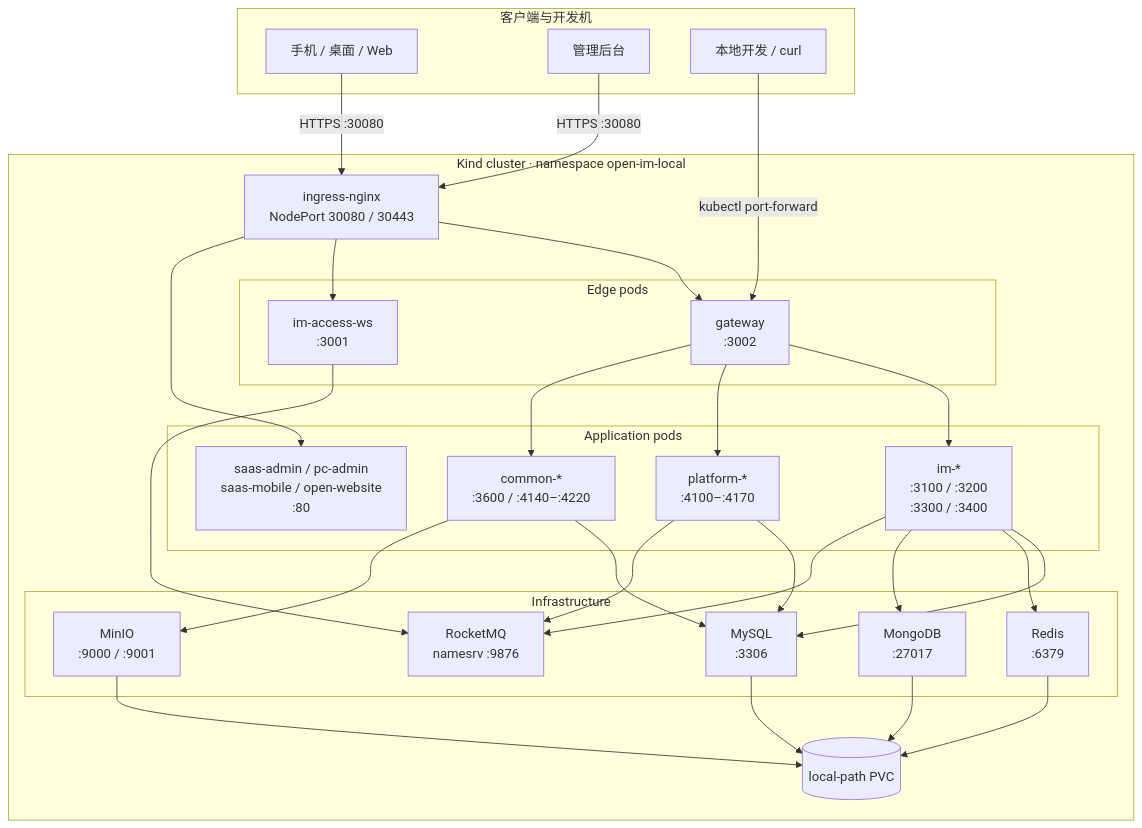
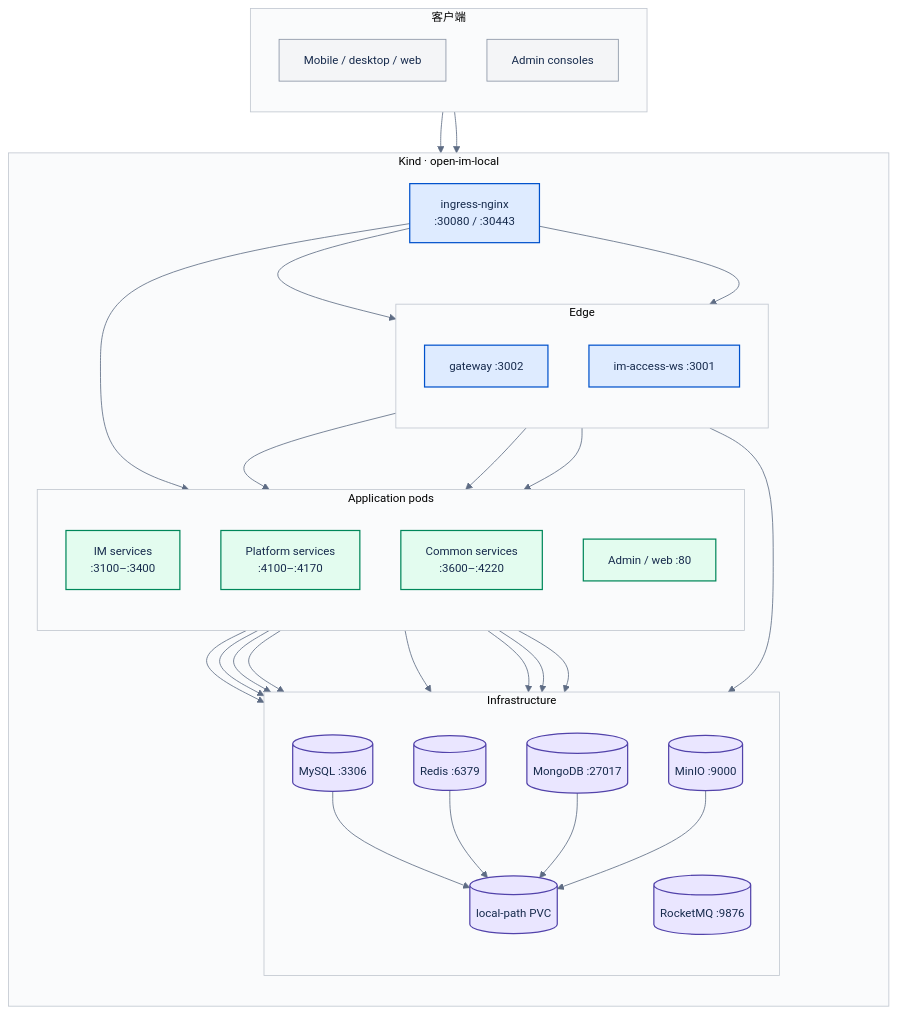
One commit to openware-io/open-im-server changed the diagram in docs/20-architecture/diagrams/03-deployment.md. Above: the diagram before and after it, drawn with Mermaid. The commit also changed 17 other files, not shown here.

First line of the commit message:
docs(architecture): restyle the eight core diagrams with a shared visual language

````diff
--- a/docs/20-architecture/diagrams/03-deployment.md
+++ b/docs/20-architecture/diagrams/03-deployment.md
@@ -9,59 +9,63 @@
 ```mermaid
+%%{init: {"theme":"base","themeVariables":{"fontSize":"14px","primaryColor":"#E8F0FE","primaryTextColor":"#172B4D","primaryBorderColor":"#2563EB","lineColor":"#5E6C84","clusterBkg":"#FAFBFC","clusterBorder":"#C1C7D0"}}}%%
 flowchart TB
-  subgraph Clients["客户端与开发机"]
-    APP["手机 / 桌面 / Web"]
-    ADMIN["管理后台"]
-    DEV["本地开发 / curl"]
+  subgraph CLIENT["客户端"]
+    direction TB
+    APP["Mobile / desktop / web"]
+    ADMIN["Admin consoles"]
   end
-
-  subgraph Kind["Kind cluster · namespace open-im-local"]
-    ING["ingress-nginx<br/>NodePort 30080 / 30443"]
-
-    subgraph Edge["Edge pods"]
-      GW["gateway<br/>:3002"]
-      WS["im-access-ws<br/>:3001"]
+  subgraph K8S["Kind · open-im-local"]
+    direction TB
+    ING["ingress-nginx<br/>:30080 / :30443"]
+    subgraph EDGE["Edge"]
+      direction TB
+      GW["gateway :3002"]
+      WS["im-access-ws :3001"]
     end
-
-    subgraph Apps["Application pods"]
-      IM["im-*<br/>:3100 / :3200<br/>:3300 / :3400"]
-      PLAT["platform-*<br/>:4100–:4170"]
-      COMMON["common-*<br/>:3600 / :4140–:4220"]
-      WEB["saas-admin / pc-admin<br/>saas-mobile / open-website<br/>:80"]
+    subgraph APPS["Application pods"]
+      direction TB
+      IM["IM services<br/>:3100–:3400"]
+      PLAT["Platform services<br/>:4100–:4170"]
+      COMMON["Common services<br/>:3600–:4220"]
+      WEB["Admin / web :80"]
     end
-
-    subgraph Infra["Infrastructure"]
-      MYSQL["MySQL<br/>:3306"]
-      REDIS["Redis<br/>:6379"]
-      MONGO["MongoDB<br/>:27017"]
-      MQ["RocketMQ<br/>namesrv :9876"]
-      MINIO["MinIO<br/>:9000 / :9001"]
+    subgraph INFRA["Infrastructure"]
+      direction TB
+      MYSQL[("MySQL :3306")]
+      REDIS[("Redis :6379")]
+      MONGO[("MongoDB :27017")]
+      MQ[("RocketMQ :9876")]
+      MINIO[("MinIO :9000")]
+      PVC[("local-path PVC")]
     end
-
-    PVC[("local-path PVC")]
   end
-
-  APP -->|"HTTPS :30080"| ING
-  ADMIN -->|"HTTPS :30080"| ING
-  DEV -->|"kubectl port-forward"| GW
-
+  APP --> ING
+  ADMIN --> ING
   ING --> GW
   ING --> WS
   ING --> WEB
-
   GW --> IM
   GW --> PLAT
   GW --> COMMON
   WS --> MQ
   IM --> MYSQL
   IM --> REDIS
   IM --> MONGO
   IM --> MQ
   PLAT --> MYSQL
   PLAT --> MQ
   COMMON --> MYSQL
   COMMON --> MINIO
-  MINIO --> PVC
   MYSQL --> PVC
   REDIS --> PVC
   MONGO --> PVC
+  MINIO --> PVC
+  classDef client fill:#F4F5F7,stroke:#8993A4,color:#172B4D,stroke-width:1px
+  classDef edge fill:#DEEBFF,stroke:#0052CC,color:#172B4D,stroke-width:1.5px
+  classDef apps fill:#E3FCEF,stroke:#00875A,color:#172B4D,stroke-width:1.5px
+  classDef infra fill:#EAE6FF,stroke:#5243AA,color:#172B4D,stroke-width:1.5px
+  class APP,ADMIN client
+  class GW,WS,ING edge
+  class IM,PLAT,COMMON,WEB apps
+  class MYSQL,REDIS,MONGO,MQ,MINIO,PVC infra
 ```
````
